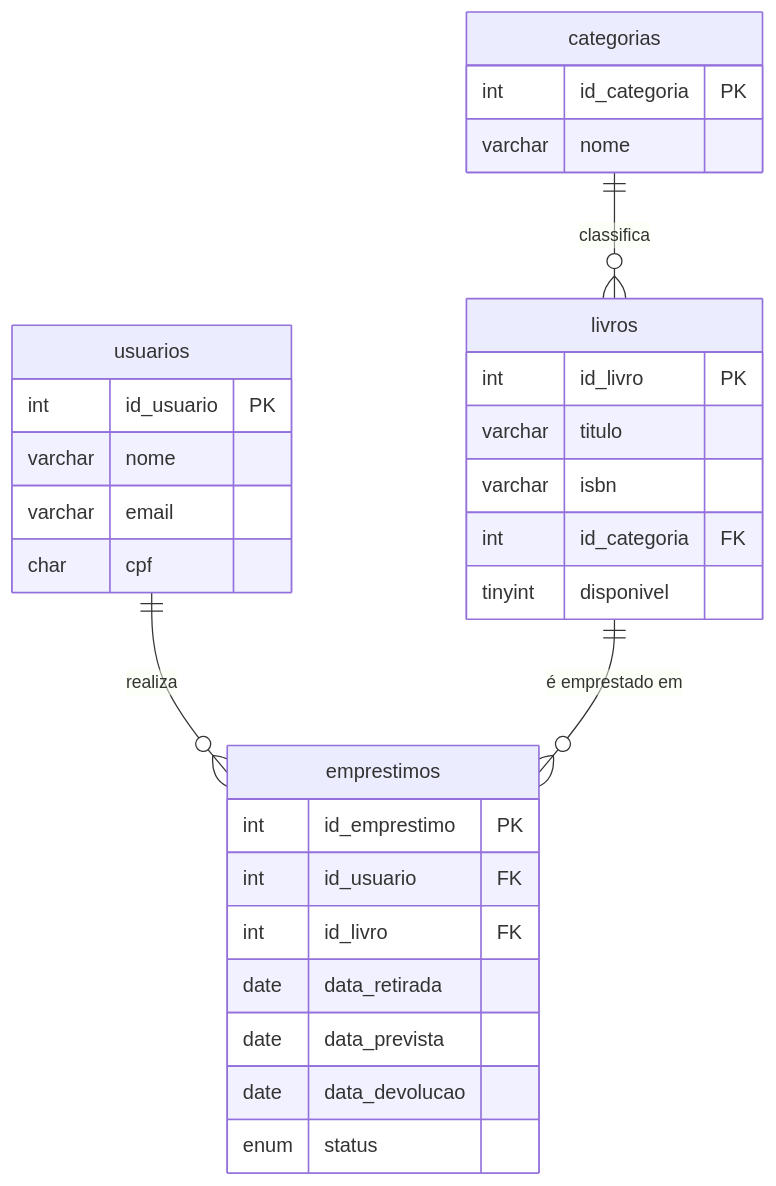
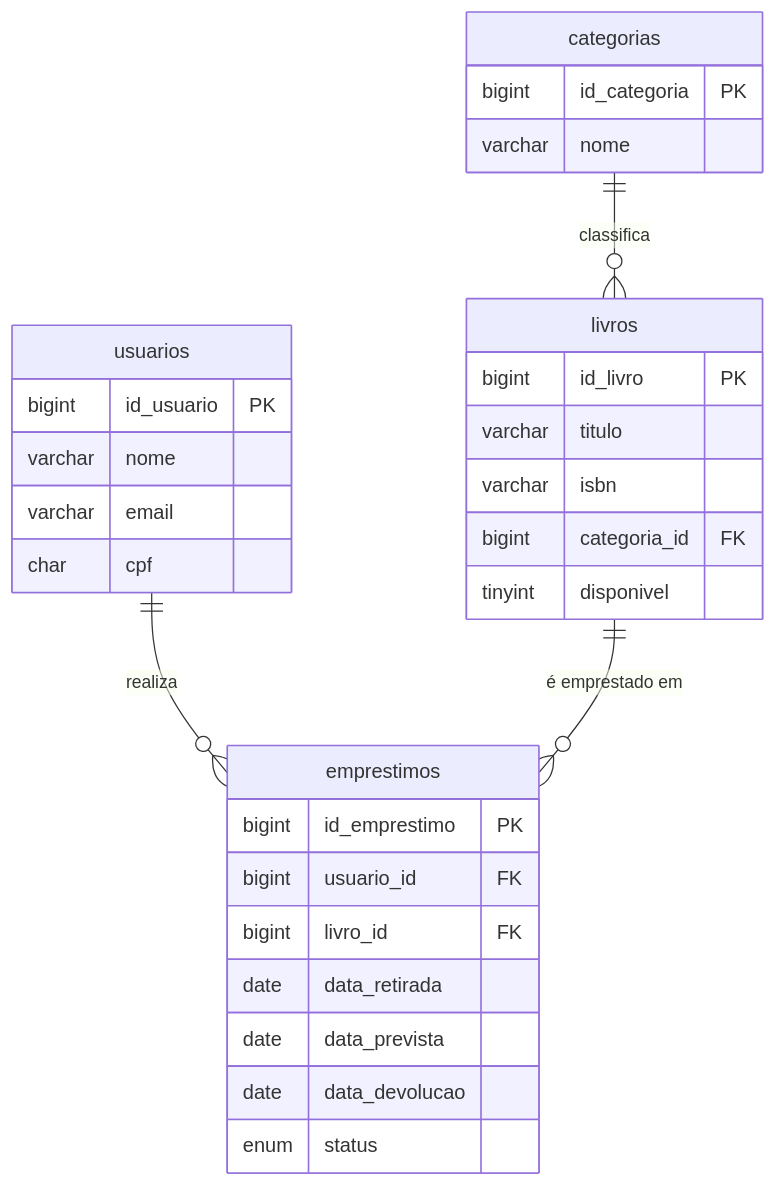
One commit to DSM-Fatec-Jahu/Banco-de-Dados-Relacional-IBD015 changed the second of 2 diagrams in aulas/Aula_16_Revisao_Geral.md. Above: the diagram before and after it, drawn with Mermaid. The commit also changed other lines of this file and 13 other files, not shown here.

````diff
--- a/aulas/Aula_16_Revisao_Geral.md
+++ b/aulas/Aula_16_Revisao_Geral.md
@@ -40,32 +40,32 @@
 ```mermaid
 erDiagram
     usuarios {
-        int id_usuario PK
+        bigint id_usuario PK
         varchar nome
         varchar email
         char cpf
     }
     livros {
-        int id_livro PK
+        bigint id_livro PK
         varchar titulo
         varchar isbn
-        int id_categoria FK
+        bigint categoria_id FK
         tinyint disponivel
     }
     categorias {
-        int id_categoria PK
+        bigint id_categoria PK
         varchar nome
     }
     emprestimos {
-        int id_emprestimo PK
-        int id_usuario FK
-        int id_livro FK
+        bigint id_emprestimo PK
+        bigint usuario_id FK
+        bigint livro_id FK
         date data_retirada
         date data_prevista
         date data_devolucao
         enum status
     }
     usuarios ||--o{ emprestimos : "realiza"
     livros ||--o{ emprestimos : "é emprestado em"
     categorias ||--o{ livros : "classifica"
 ```
````
